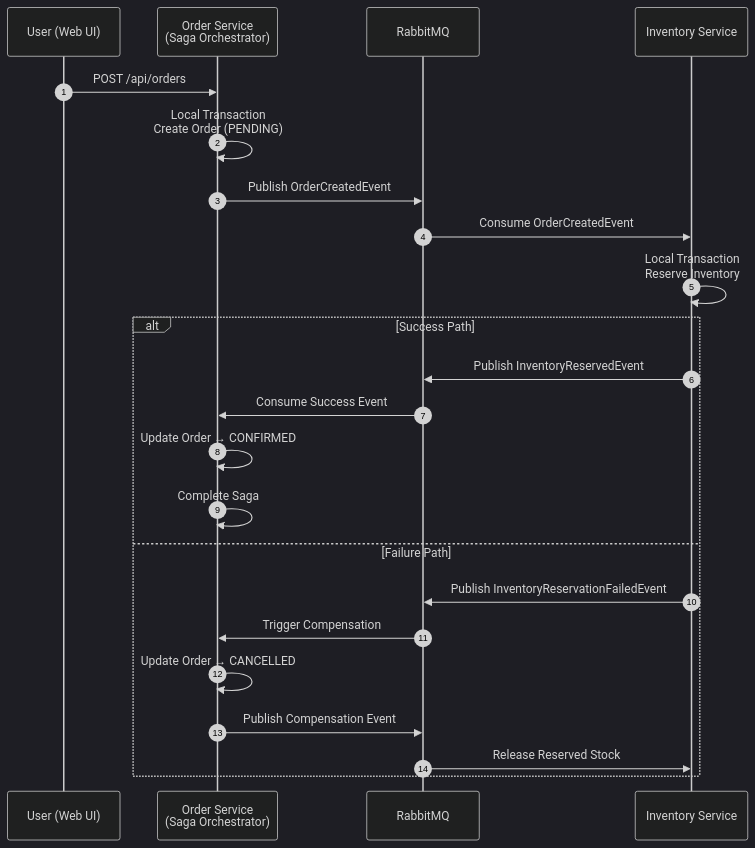
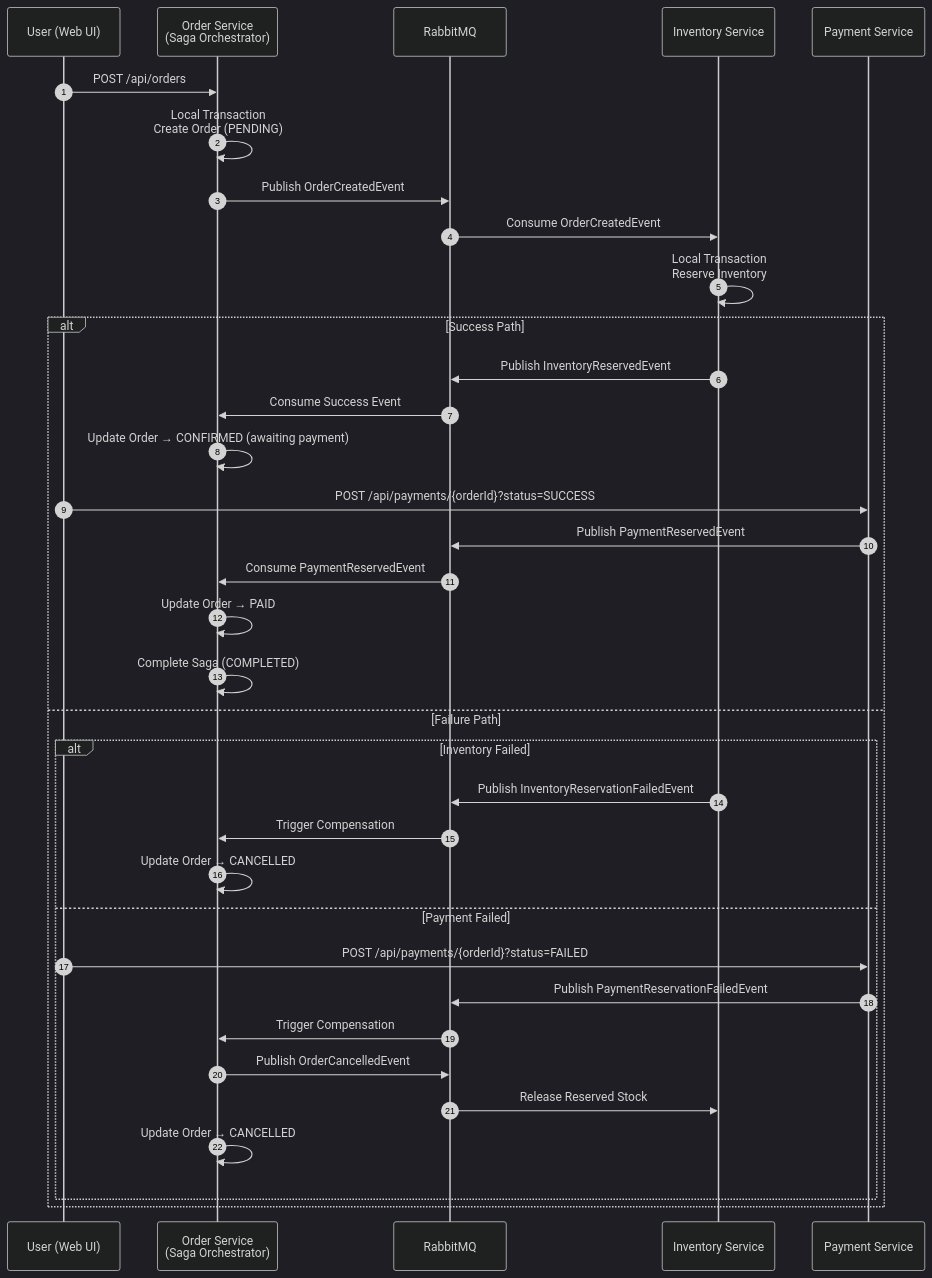
The second of 3 diagrams in README.md (jianglei919/SRS_Ecommerce_Saga), drawn with Mermaid (dark theme) before and after one commit. The commit also changed other lines of this file and 6 other files, not shown here.

First line of the commit message:
feat: Add Payment Service to e-commerce system

````diff
--- a/README.md
+++ b/README.md
@@ -144,26 +165,38 @@
 ```mermaid
 sequenceDiagram
     autonumber
     participant User as User (Web UI)
     participant OS as Order Service<br/>(Saga Orchestrator)
     participant RMQ as RabbitMQ
     participant IS as Inventory Service
+    participant PS as Payment Service
 
     User->>OS: POST /api/orders
     OS->>OS: Local Transaction<br/>Create Order (PENDING)
     OS->>RMQ: Publish OrderCreatedEvent
     RMQ->>IS: Consume OrderCreatedEvent
     IS->>IS: Local Transaction<br/>Reserve Inventory
     alt Success Path
         IS->>RMQ: Publish InventoryReservedEvent
         RMQ->>OS: Consume Success Event
-        OS->>OS: Update Order → CONFIRMED
-        OS->>OS: Complete Saga
+      OS->>OS: Update Order → CONFIRMED (awaiting payment)
+      User->>PS: POST /api/payments/{orderId}?status=SUCCESS
+      PS->>RMQ: Publish PaymentReservedEvent
+      RMQ->>OS: Consume PaymentReservedEvent
+      OS->>OS: Update Order → PAID
+      OS->>OS: Complete Saga (COMPLETED)
     else Failure Path
+      alt Inventory Failed
         IS->>RMQ: Publish InventoryReservationFailedEvent
         RMQ->>OS: Trigger Compensation
         OS->>OS: Update Order → CANCELLED
-        OS->>RMQ: Publish Compensation Event
+      else Payment Failed
+        User->>PS: POST /api/payments/{orderId}?status=FAILED
+        PS->>RMQ: Publish PaymentReservationFailedEvent
+        RMQ->>OS: Trigger Compensation
+        OS->>RMQ: Publish OrderCancelledEvent
         RMQ->>IS: Release Reserved Stock
+        OS->>OS: Update Order → CANCELLED
+      end
     end
 ```
````
